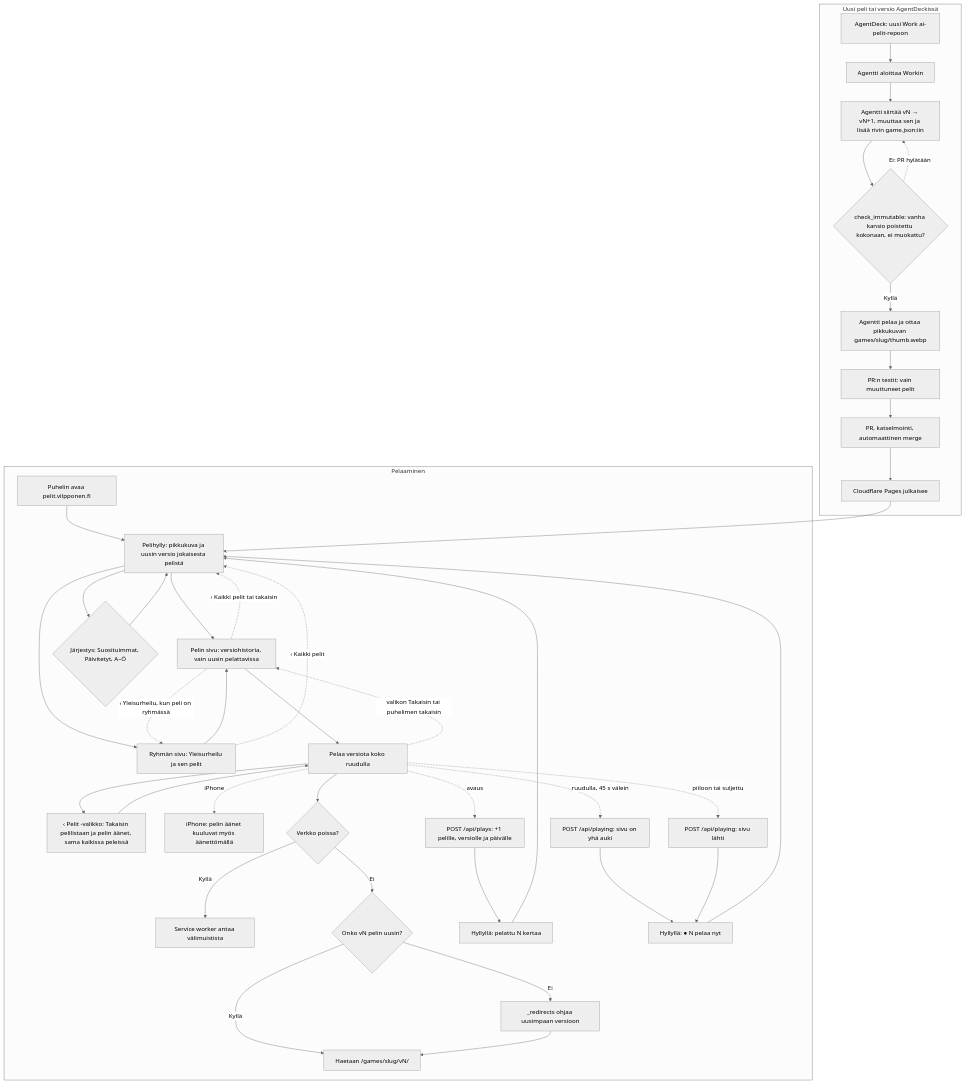
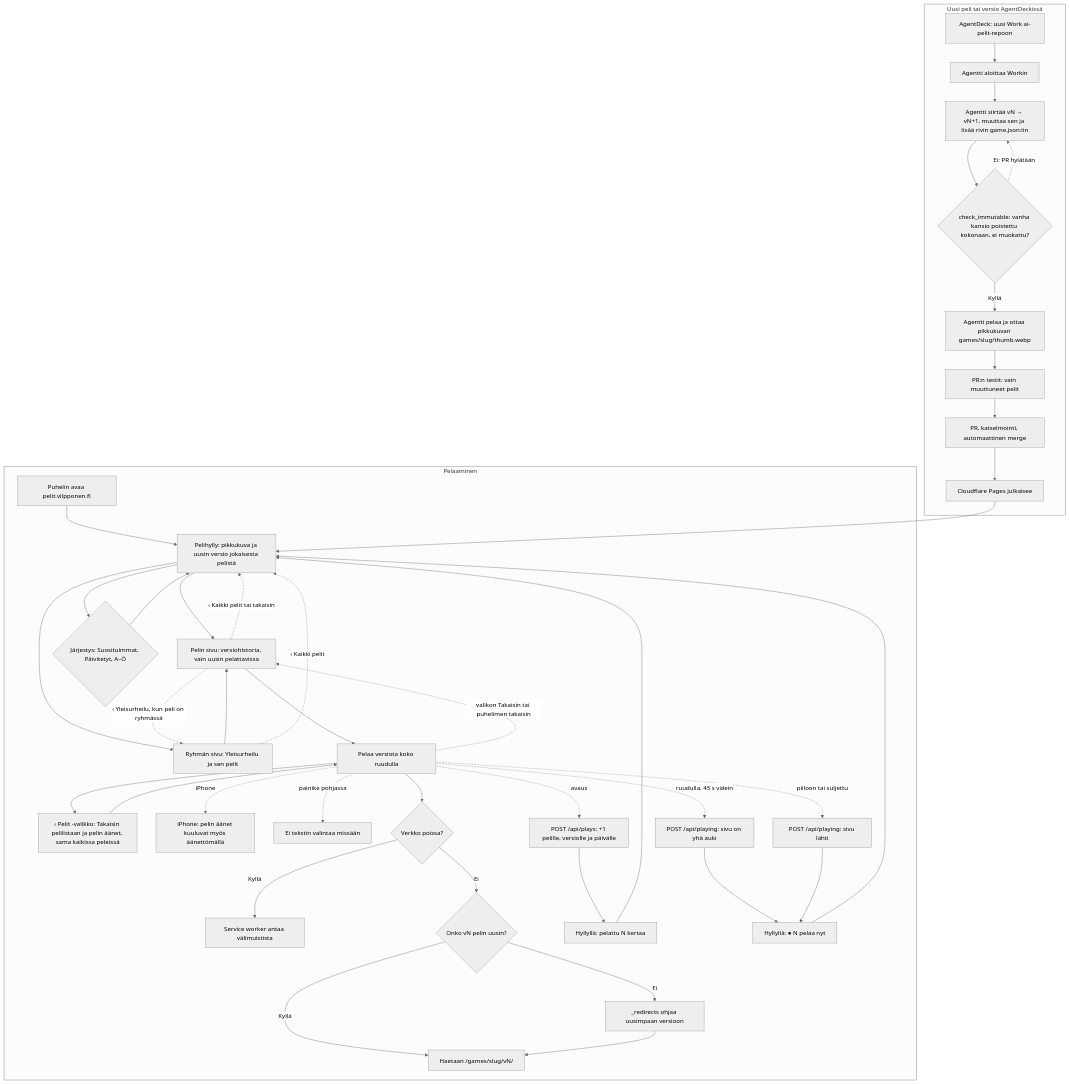
The diagram in docs/diagrams/ai-pelit.md (eerovil/ai-pelit), drawn with Mermaid (neutral theme) before and after one commit. The commit also changed other lines of this file and 5 other files, not shown here.

````diff
--- a/docs/diagrams/ai-pelit.md
+++ b/docs/diagrams/ai-pelit.md
@@ -8,52 +8,53 @@
 ```mermaid
 flowchart TD
   subgraph Pelaaminen
     A[Puhelin avaa pelit.vilpponen.fi] --> B[Pelihylly: pikkukuva ja uusin versio jokaisesta pelistä]
     B --> C[Pelin sivu: versiohistoria, vain uusin pelattavissa]
     B --> J{Järjestys: Suosituimmat, Päivitetyt, A–Ö}
     J --> B
     B --> R[Ryhmän sivu: Yleisurheilu ja sen pelit]
     R --> C
     R -. ‹ Kaikki pelit .-> B
     C --> D[Pelaa versiota koko ruudulla]
     D -. valikon Takaisin tai puhelimen takaisin .-> C
     D --> V[‹ Pelit -valikko: Takaisin pelilistaan ja pelin äänet, sama kaikissa peleissä]
     V --> D
     D -. iPhone .-> S[iPhone: pelin äänet kuuluvat myös äänettömällä]
+    D -. painike pohjassa .-> Z[Ei tekstin valintaa missään]
     C -. ‹ Kaikki pelit tai takaisin .-> B
     C -. ‹ Yleisurheilu, kun peli on ryhmässä .-> R
     D --> E{Verkko poissa?}
     E -- Kyllä --> F[Service worker antaa välimuistista]
     E -- Ei --> VN{Onko vN pelin uusin?}
     VN -- Kyllä --> G[Haetaan /games/slug/vN/]
     VN -- Ei --> K[_redirects ohjaa uusimpaan versioon]
     K --> G
     D -. avaus .-> P[POST /api/plays: +1 pelille, versiolle ja päivälle]
     P --> Q[Hyllyllä: pelattu N kertaa]
     Q --> B
     D -. ruudulla, 45 s välein .-> W[POST /api/playing: sivu on yhä auki]
     D -. piiloon tai suljettu .-> X[POST /api/playing: sivu lähti]
     W --> Y[Hyllyllä: ● N pelaa nyt]
     X --> Y
     Y --> B
   end
   subgraph Uusi peli tai versio AgentDeckissä
     H[AgentDeck: uusi Work ai-pelit-repoon] --> L[Agentti aloittaa Workin]
     L --> M[Agentti siirtää vN → vN+1, muuttaa sen ja lisää rivin game.json:iin]
     M --> I{check_immutable: vanha kansio poistettu kokonaan, ei muokattu?}
     I -- Kyllä --> T
     I -. Ei: PR hylätään .-> M
     T[Agentti pelaa ja ottaa pikkukuvan games/slug/thumb.webp]
     T --> U[PR:n testit: vain muuttuneet pelit]
     U --> N[PR, katselmointi, automaattinen merge]
     N --> O[Cloudflare Pages julkaisee]
     O --> B
   end
-  class A,B,C,D,Q,R,S,V,Y blue
+  class A,B,C,D,Q,R,S,V,Y,Z blue
   class E,J,VN,I amber
   class F,G,K,P,W,X teal
   class H violet
   class L,M,T,N rose
   class U amber
   class O green
 ```
````
